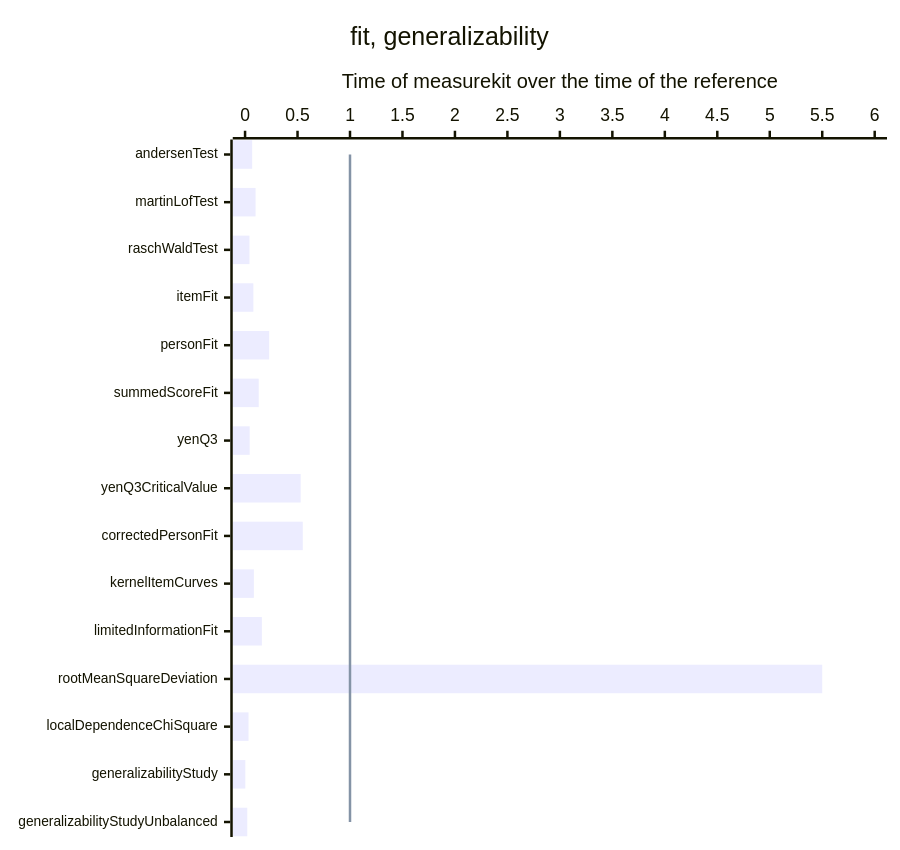
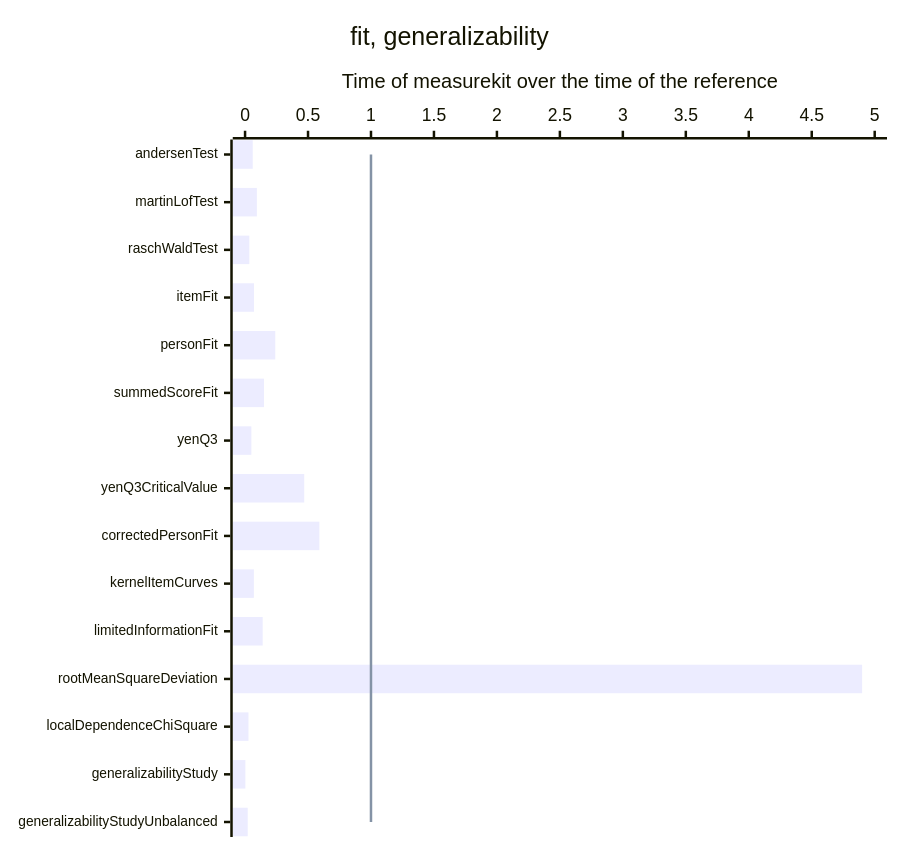
One commit to measurekit/measurekit changed the ninth of 13 diagrams in docs/psychometrics/performance.md. Above: the diagram before and after it, drawn with Mermaid. The commit also changed other lines of this file, not shown here.

````diff
--- a/docs/psychometrics/performance.md
+++ b/docs/psychometrics/performance.md
@@ -101,9 +101,9 @@
 ```mermaid
 %%{init: {"xyChart": {"height": 660, "xAxis": {"labelFontSize": 11}}}}%%
 xychart-beta horizontal
   title "fit, generalizability"
   x-axis ["andersenTest", "martinLofTest", "raschWaldTest", "itemFit", "personFit", "summedScoreFit", "yenQ3", "yenQ3CriticalValue", "correctedPersonFit", "kernelItemCurves", "limitedInformationFit", "rootMeanSquareDeviation", "localDependenceChiSquare", "generalizabilityStudy", "generalizabilityStudyUnbalanced"]
-  y-axis "Time of measurekit over the time of the reference" 0 --> 6
-  bar [0.068, 0.1, 0.042, 0.079, 0.23, 0.13, 0.044, 0.53, 0.55, 0.084, 0.16, 5.5, 0.033, 0.0026, 0.021]
+  y-axis "Time of measurekit over the time of the reference" 0 --> 5
+  bar [0.061, 0.094, 0.034, 0.071, 0.24, 0.15, 0.05, 0.47, 0.59, 0.07, 0.14, 4.9, 0.027, 0.0026, 0.021]
   line [1, 1, 1, 1, 1, 1, 1, 1, 1, 1, 1, 1, 1, 1, 1]
 ```
````
